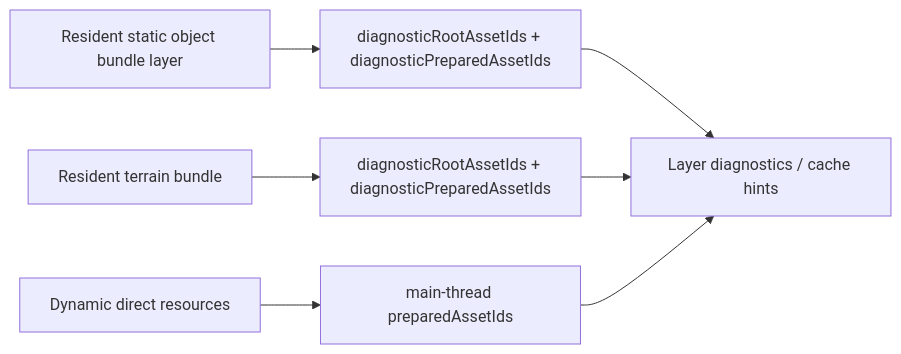
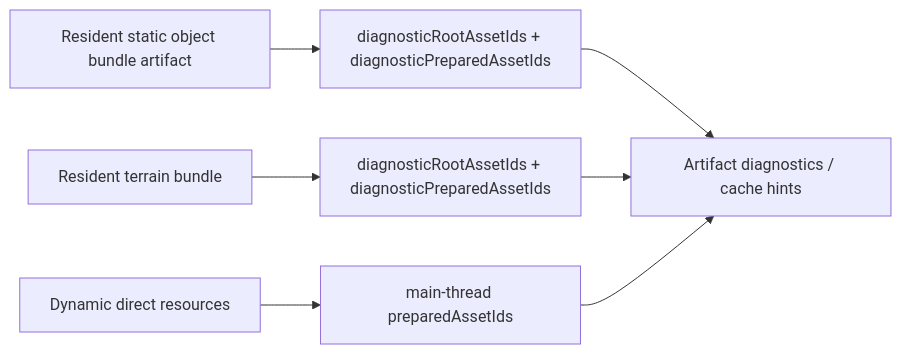
The tenth of 10 diagrams in docs/plans/holtburger-3d-static-landblock-render-bundle-replacement-plan.md (merklejerk/holtburger), drawn with Mermaid before and after one commit. The commit also changed other lines of this file and 3 other files, not shown here.

````diff
--- a/docs/plans/holtburger-3d-static-landblock-render-bundle-replacement-plan.md
+++ b/docs/plans/holtburger-3d-static-landblock-render-bundle-replacement-plan.md
@@ -1053,9 +1093,9 @@
 ```mermaid
 flowchart LR
-    A[Resident static object bundle layer] --> B[diagnosticRootAssetIds + diagnosticPreparedAssetIds]
+    A[Resident static object bundle artifact] --> B[diagnosticRootAssetIds + diagnosticPreparedAssetIds]
     C[Resident terrain bundle] --> D[diagnosticRootAssetIds + diagnosticPreparedAssetIds]
     E[Dynamic direct resources] --> F[main-thread preparedAssetIds]
-    B --> G[Layer diagnostics / cache hints]
+    B --> G[Artifact diagnostics / cache hints]
     D --> G
     F --> G
 ```
````
